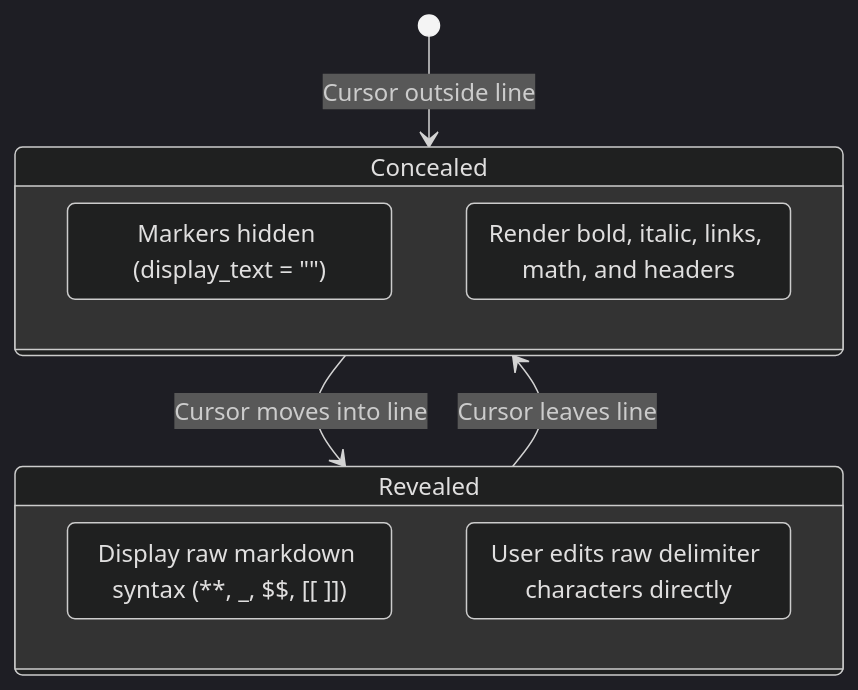
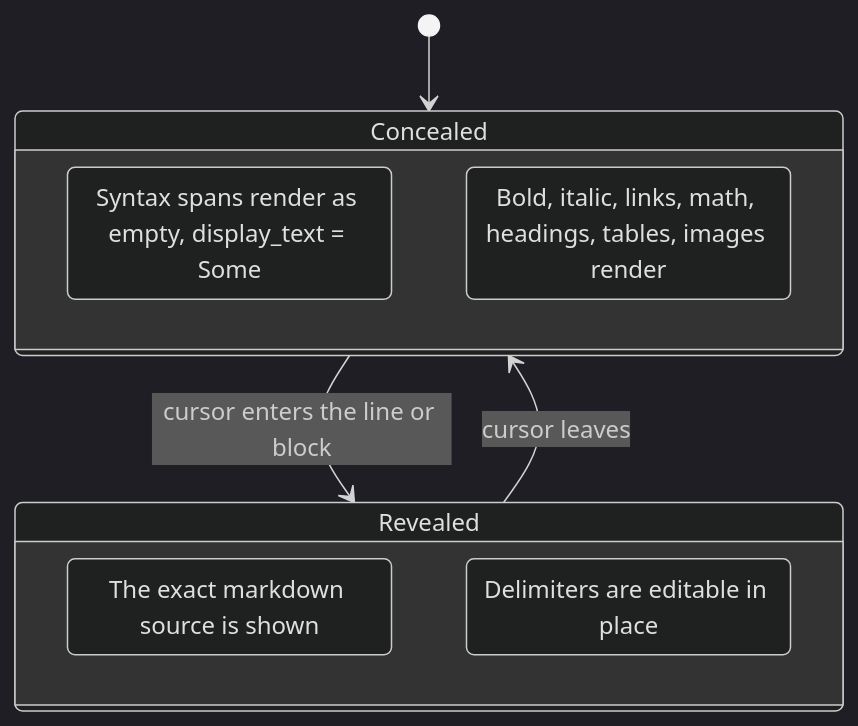
Before and after one commit to Suranjan77/md-editor: the second of 2 diagrams in wiki/Markdown-Pipeline.md, drawn with Mermaid (dark theme). The commit also changed other lines of this file and 24 other files, not shown here.

````diff
--- a/wiki/Markdown-Pipeline.md
+++ b/wiki/Markdown-Pipeline.md
@@ -61,16 +114,16 @@
 ```mermaid
 stateDiagram-v2
-    [*] --> Concealed: Cursor outside line
-    Concealed --> Revealed: Cursor moves into line
-    Revealed --> Concealed: Cursor leaves line
+    [*] --> Concealed
+    Concealed --> Revealed : cursor enters the line or block
+    Revealed --> Concealed : cursor leaves
 
     state Concealed {
-        MarkdownMarkers: Markers hidden (display_text = "")
-        FormattedView: Render bold, italic, links, math, and headers
+        Markers : Syntax spans render as empty, display_text = Some
+        Formatted : Bold, italic, links, math, headings, tables, images render
     }
 
     state Revealed {
-        RawSource: Display raw markdown syntax (**, _, $$, [[ ]])
-        DirectEditing: User edits raw delimiter characters directly
+        RawSource : The exact markdown source is shown
+        DirectEditing : Delimiters are editable in place
     }
 ```
````
